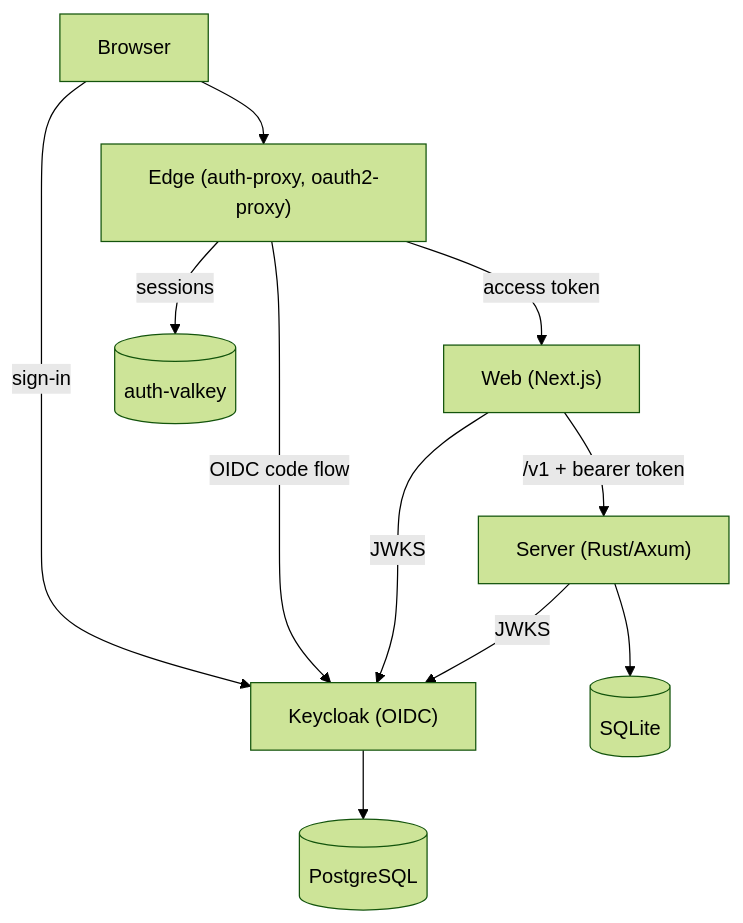
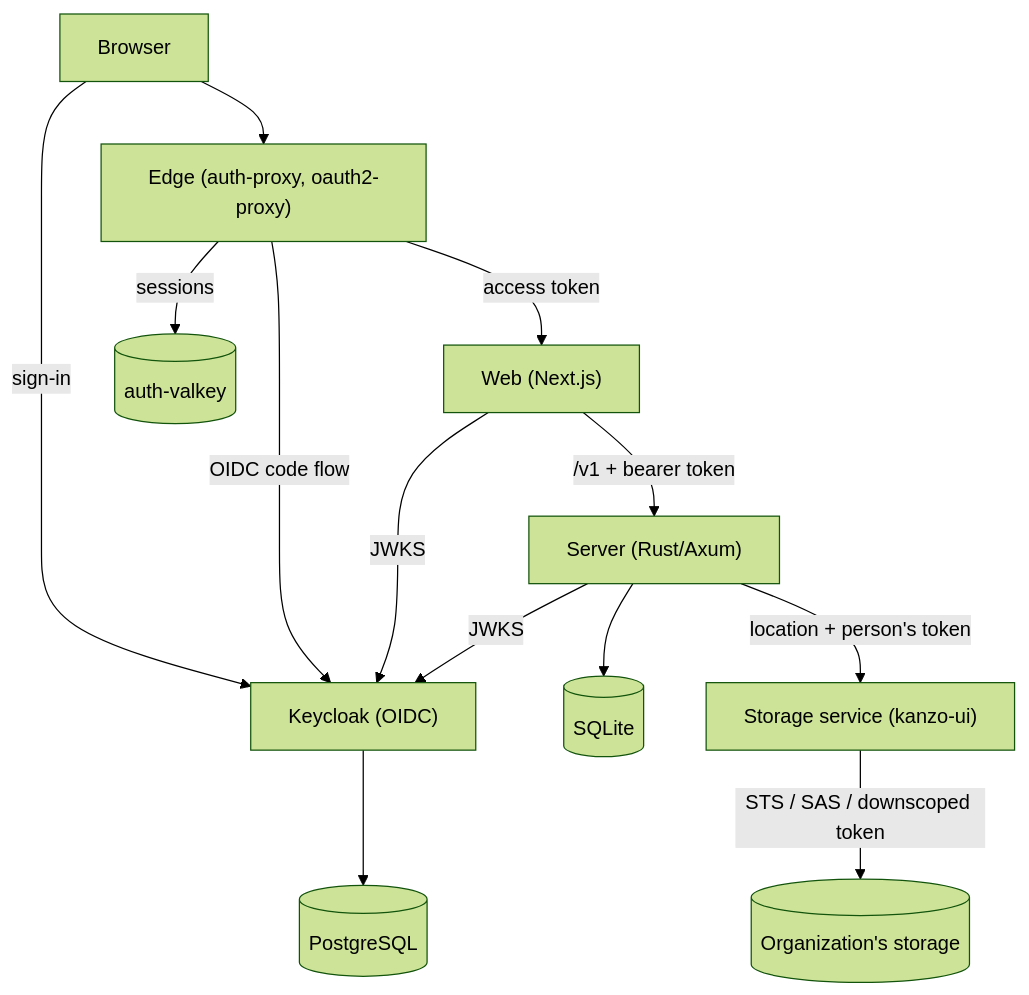
Before and after one commit to Kanzo-Tech/keasy: the diagram in README.md, drawn with Mermaid (forest theme). The commit also changed other lines of this file and 75 other files, not shown here.

First line of the commit message:
feat: a connection is a URL, every credential the storage service's

````diff
--- a/README.md
+++ b/README.md
@@ -135,13 +135,15 @@
 ```mermaid
 graph TD
     Browser --> Edge["Edge (auth-proxy, oauth2-proxy)"]
     Browser -->|"sign-in"| Keycloak["Keycloak (OIDC)"]
     Edge -->|"access token"| Web["Web (Next.js)"]
     Edge -->|"OIDC code flow"| Keycloak
     Edge -->|"sessions"| Valkey[("auth-valkey")]
     Web -->|"/v1 + bearer token"| Server["Server (Rust/Axum)"]
     Web -->|"JWKS"| Keycloak
     Server -->|"JWKS"| Keycloak
     Server --> SQLite[("SQLite")]
+    Server -->|"location + person's token"| Storage["Storage service (kanzo-ui)"]
+    Storage -->|"STS / SAS / downscoped token"| Cloud[("Organization's storage")]
     Keycloak --> PostgreSQL[("PostgreSQL")]
 ```
````
